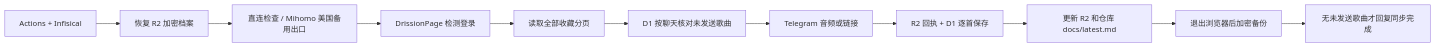
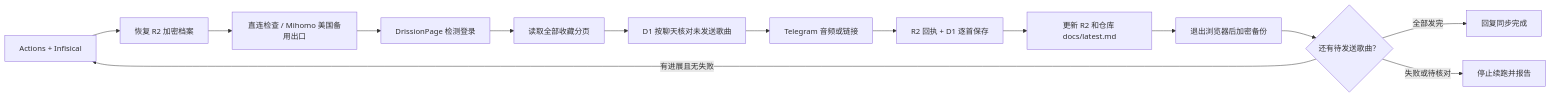
One commit to C0verSnow/TGMusic changed the diagram in README.md. Above: the diagram before and after it, drawn with Mermaid. The commit also changed other lines of this file and 4 other files, not shown here.

````diff
--- a/README.md
+++ b/README.md
@@ -11,13 +11,16 @@
 ```mermaid
 flowchart LR
   A[Actions + Infisical] --> B[恢复 R2 加密档案]
   B --> C[直连检查 / Mihomo 美国备用出口]
   C --> D[DrissionPage 检测登录]
   D --> E[读取全部收藏分页]
   E --> F[D1 按聊天核对未发送歌曲]
   F --> G[Telegram 音频或链接]
   G --> H[R2 回执 + D1 逐首保存]
   H --> I[更新 R2 和仓库 docs/latest.md]
   I --> J[退出浏览器后加密备份]
-  J --> K[无未发送歌曲才回复同步完成]
+  J --> K{还有待发送歌曲？}
+  K -->|有进展且无失败| A
+  K -->|全部发完| L[回复同步完成]
+  K -->|失败或待核对| M[停止续跑并报告]
 ```
````
